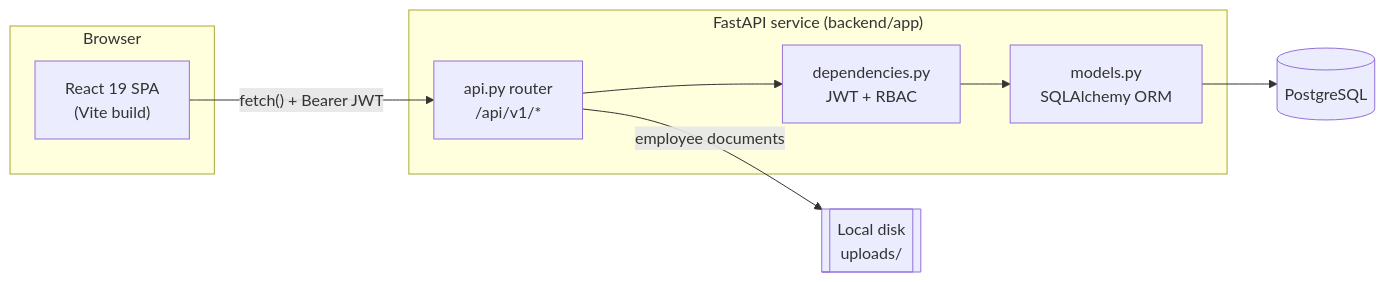
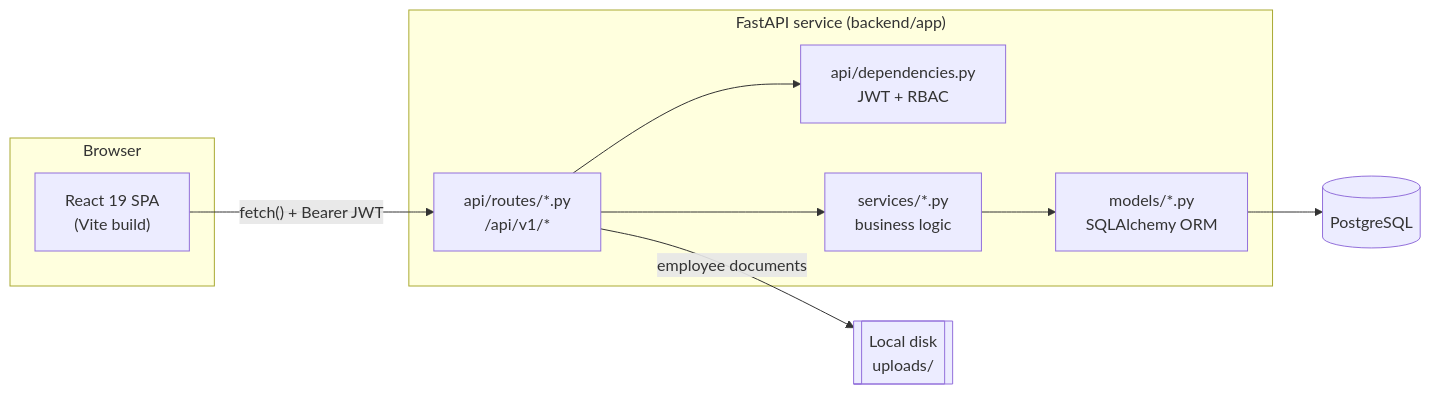
One commit to techmanion/techmanion-portal changed the first of 2 diagrams in docs/System Architecture.md. Above: the diagram before and after it, drawn with Mermaid. The commit also changed other lines of this file and 120 other files, not shown here.

Commit message:
Refactor the frontend and backend to follow better code quality architecture

````diff
--- a/docs/System Architecture.md
+++ b/docs/System Architecture.md
@@ -15,19 +15,21 @@
 ```mermaid
 flowchart LR
     subgraph Browser
         SPA["React 19 SPA<br/>(Vite build)"]
     end
     subgraph API["FastAPI service (backend/app)"]
-        Router["api.py router<br/>/api/v1/*"]
-        Deps["dependencies.py<br/>JWT + RBAC"]
-        Models["models.py<br/>SQLAlchemy ORM"]
+        Router["api/routes/*.py<br/>/api/v1/*"]
+        Deps["api/dependencies.py<br/>JWT + RBAC"]
+        Services["services/*.py<br/>business logic"]
+        Models["models/*.py<br/>SQLAlchemy ORM"]
     end
     DB[(PostgreSQL)]
     Disk[["Local disk<br/>uploads/"]]
 
     SPA -- "fetch() + Bearer JWT" --> Router
     Router --> Deps
-    Deps --> Models
+    Router --> Services
+    Services --> Models
     Models --> DB
     Router -- "employee documents" --> Disk
 ```
````
